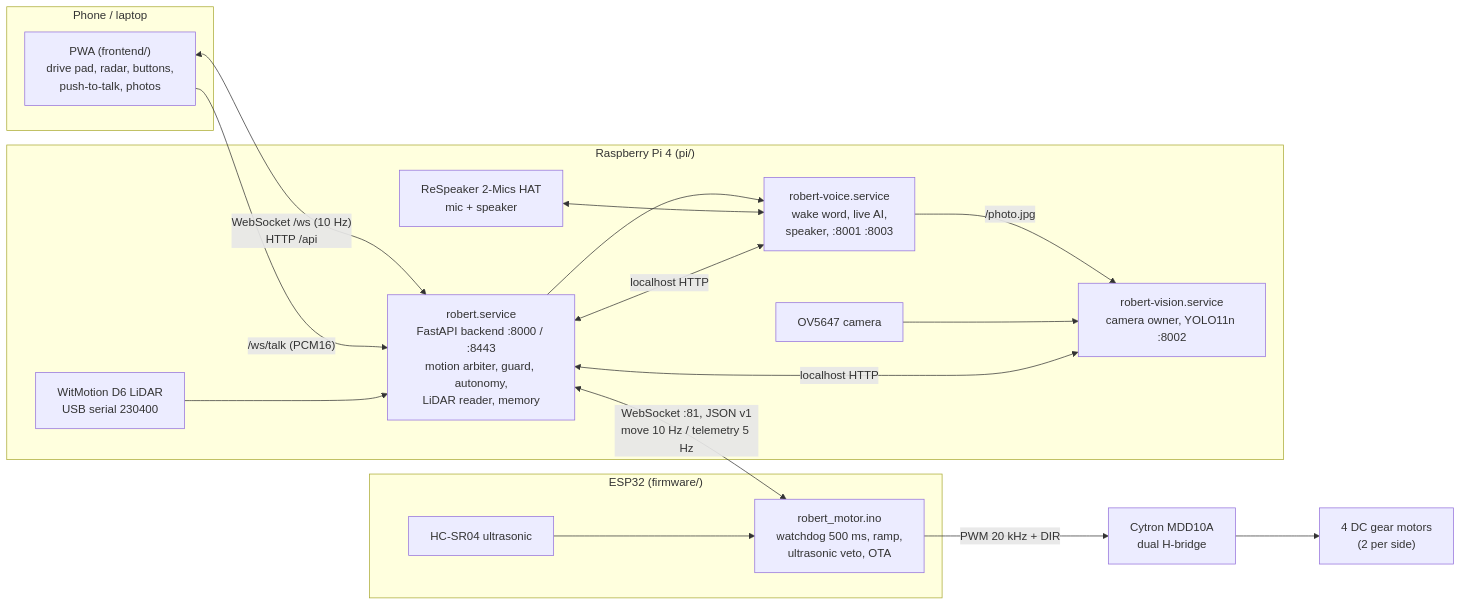
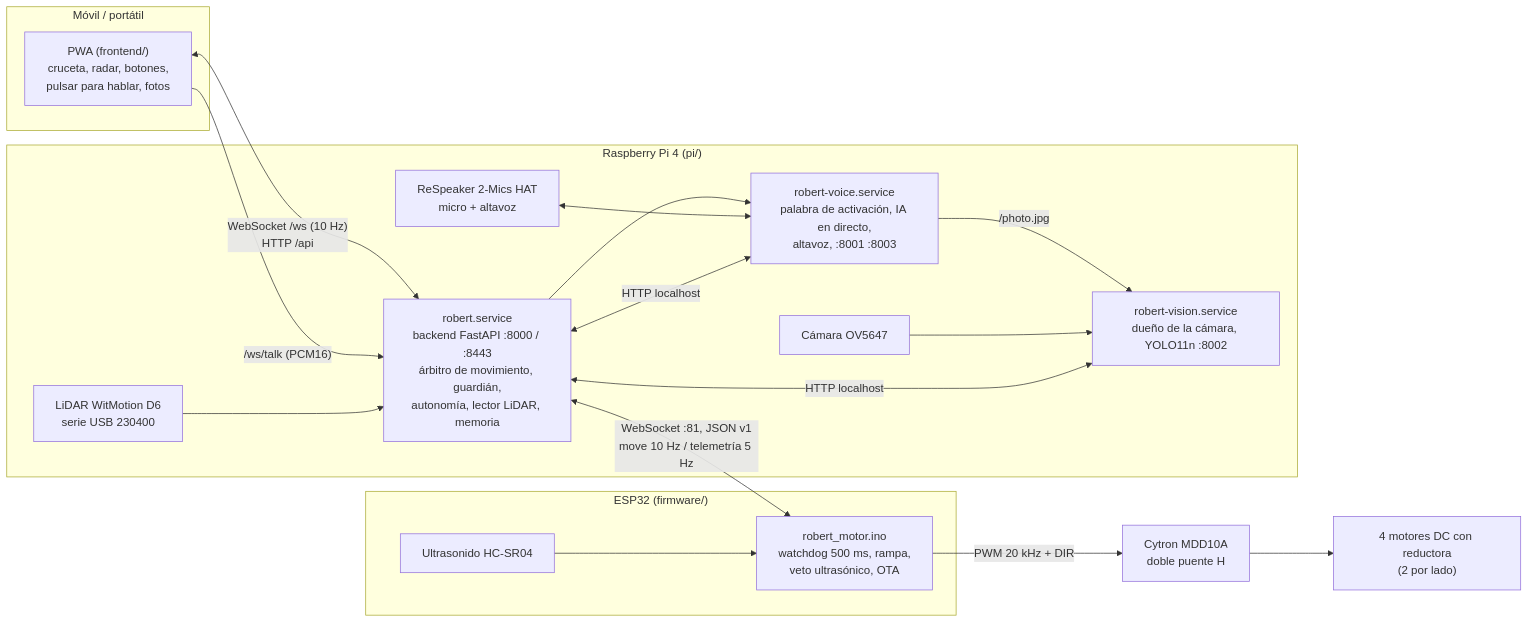
Before and after one commit to FranciscooGarciaa/Robert-v2: the first of 3 diagrams in README.md, drawn with Mermaid. The commit also changed other lines of this file and 1 other file, not shown here.

````diff
--- a/README.md
+++ b/README.md
@@ -83,34 +89,34 @@
 ```mermaid
 flowchart LR
-    subgraph Phone["Phone / laptop"]
-        PWA["PWA (frontend/)<br/>drive pad, radar, buttons,<br/>push-to-talk, photos"]
+    subgraph Phone["Móvil / portátil"]
+        PWA["PWA (frontend/)<br/>cruceta, radar, botones,<br/>pulsar para hablar, fotos"]
     end
 
     subgraph Pi["Raspberry Pi 4 (pi/)"]
-        B["robert.service<br/>FastAPI backend :8000 / :8443<br/>motion arbiter, guard, autonomy,<br/>LiDAR reader, memory"]
-        V["robert-voice.service<br/>wake word, live AI,<br/>speaker, :8001 :8003"]
-        C["robert-vision.service<br/>camera owner, YOLO11n :8002"]
-        L["WitMotion D6 LiDAR<br/>USB serial 230400"]
-        M["ReSpeaker 2-Mics HAT<br/>mic + speaker"]
-        K["OV5647 camera"]
+        B["robert.service<br/>backend FastAPI :8000 / :8443<br/>árbitro de movimiento, guardián,<br/>autonomía, lector LiDAR, memoria"]
+        V["robert-voice.service<br/>palabra de activación, IA en directo,<br/>altavoz, :8001 :8003"]
+        C["robert-vision.service<br/>dueño de la cámara, YOLO11n :8002"]
+        L["LiDAR WitMotion D6<br/>serie USB 230400"]
+        M["ReSpeaker 2-Mics HAT<br/>micro + altavoz"]
+        K["Cámara OV5647"]
     end
 
     subgraph ESP["ESP32 (firmware/)"]
-        F["robert_motor.ino<br/>watchdog 500 ms, ramp,<br/>ultrasonic veto, OTA"]
-        U["HC-SR04 ultrasonic"]
+        F["robert_motor.ino<br/>watchdog 500 ms, rampa,<br/>veto ultrasónico, OTA"]
+        U["Ultrasonido HC-SR04"]
     end
 
-    D["Cytron MDD10A<br/>dual H-bridge"] --> W["4 DC gear motors<br/>(2 per side)"]
+    D["Cytron MDD10A<br/>doble puente H"] --> W["4 motores DC con reductora<br/>(2 por lado)"]
 
     PWA <-- "WebSocket /ws (10 Hz)<br/>HTTP /api" --> B
     PWA -- "/ws/talk (PCM16)" --> B --> V
-    V <-- "localhost HTTP" --> B
-    C <-- "localhost HTTP" --> B
+    V <-- "HTTP localhost" --> B
+    C <-- "HTTP localhost" --> B
     V -- "/photo.jpg" --> C
     L --> B
     K --> C
     M <--> V
-    B <-- "WebSocket :81, JSON v1<br/>move 10 Hz / telemetry 5 Hz" --> F
+    B <-- "WebSocket :81, JSON v1<br/>move 10 Hz / telemetría 5 Hz" --> F
     U --> F
     F -- "PWM 20 kHz + DIR" --> D
 ```
````
